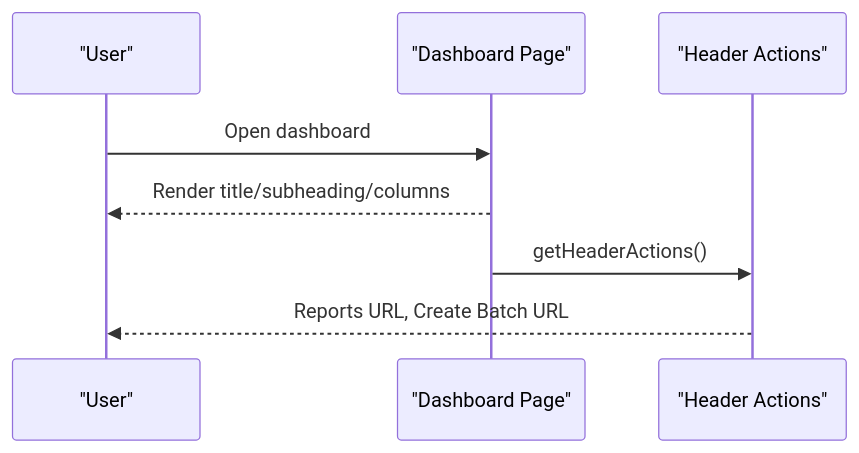
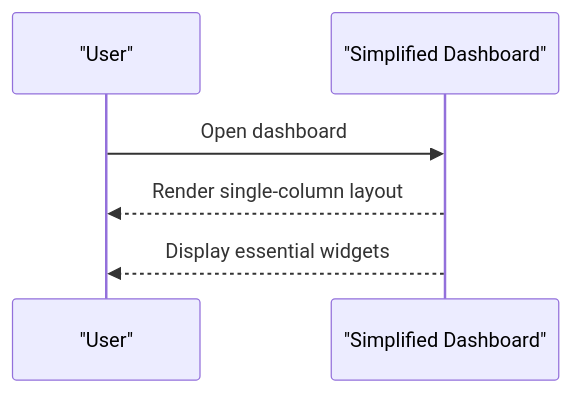
The fourth of 18 diagrams in .qoder/repowiki/en/content/Filament Admin Panel/Filament Admin Panel.md (Dikksap/laravel_RsvHelmet), drawn with Mermaid before and after one commit. The commit also changed other lines of this file and 13 other files, not shown here.

First line of the commit message:
refactor(dashboard): replace production widgets with inventory management widgets

````diff
--- a/.qoder/repowiki/en/content/Filament Admin Panel/Filament Admin Panel.md
+++ b/.qoder/repowiki/en/content/Filament Admin Panel/Filament Admin Panel.md
@@ -290,10 +286,8 @@
 ```mermaid
 sequenceDiagram
 participant User as "User"
-participant Dashboard as "Dashboard Page"
-participant Actions as "Header Actions"
+participant Dashboard as "Simplified Dashboard"
 User->>Dashboard : Open dashboard
-Dashboard-->>User : Render title/subheading/columns
-Dashboard->>Actions : getHeaderActions()
-Actions-->>User : Reports URL, Create Batch URL
+Dashboard-->>User : Render single-column layout
+Dashboard-->>User : Display essential widgets
 ```
````
